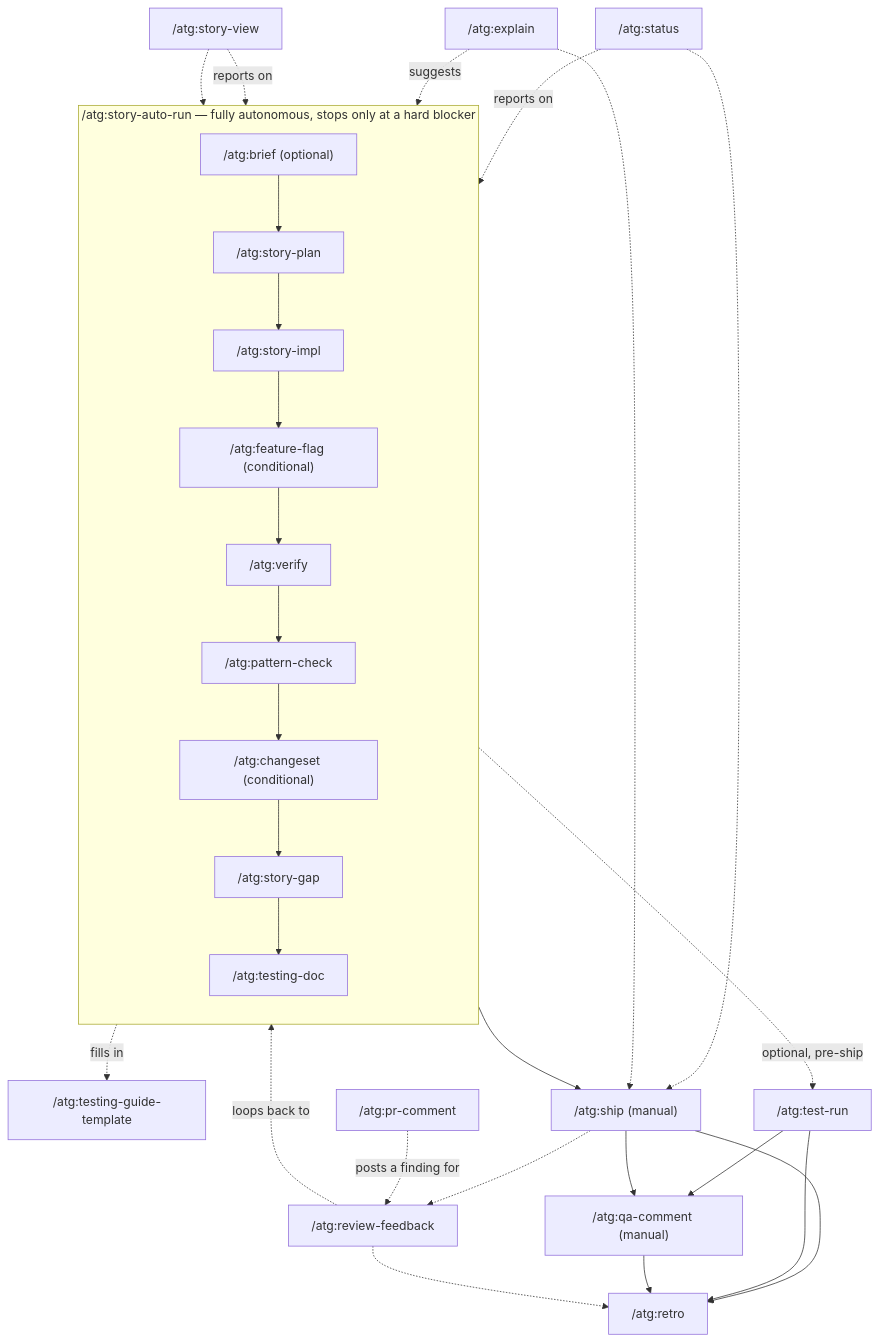
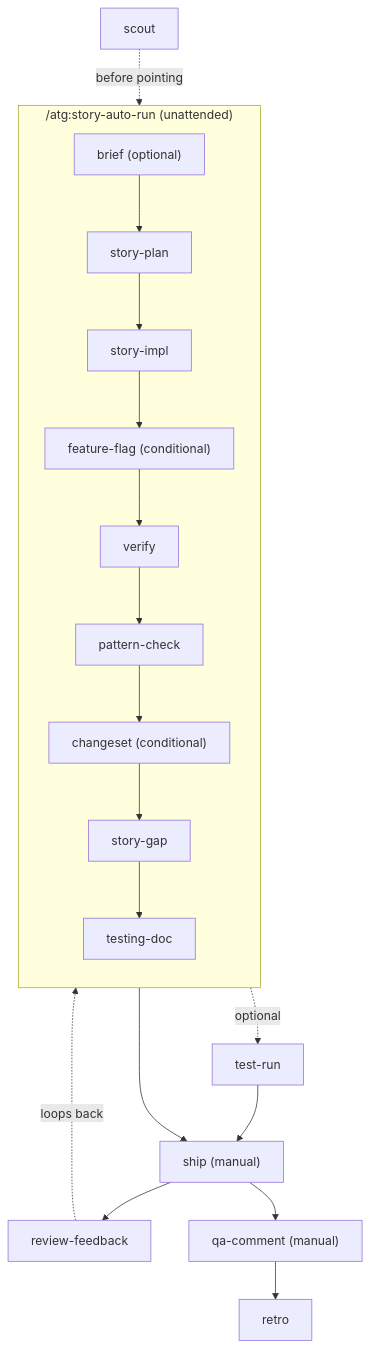
One commit to fcastillo-atg/atg-agent-kit changed the diagram in README.md. Above: the diagram before and after it, drawn with Mermaid. The commit also changed other lines of this file and 31 other files, not shown here.

````diff
--- a/README.md
+++ b/README.md
@@ -93,42 +71,22 @@
 ```mermaid
 flowchart TD
-    subgraph autorun["/atg:story-auto-run — fully autonomous, stops only at a hard blocker"]
+    subgraph autorun["/atg:story-auto-run (unattended)"]
         direction TB
-        brief["/atg:brief (optional)"] --> storyplan["/atg:story-plan"]
-        storyplan --> storyimpl["/atg:story-impl"]
-        storyimpl --> featureflag["/atg:feature-flag (conditional)"]
-        featureflag --> verify["/atg:verify"]
-        verify --> patterncheck["/atg:pattern-check"]
-        patterncheck --> changeset["/atg:changeset (conditional)"]
-        changeset --> storygap["/atg:story-gap"]
-        storygap --> testingdoc["/atg:testing-doc"]
+        brief["brief (optional)"] --> storyplan["story-plan"]
+        storyplan --> storyimpl["story-impl"]
+        storyimpl --> featureflag["feature-flag (conditional)"]
+        featureflag --> verify["verify"]
+        verify --> patterncheck["pattern-check"]
+        patterncheck --> changeset["changeset (conditional)"]
+        changeset --> storygap["story-gap"]
+        storygap --> testingdoc["testing-doc"]
     end
-
-    template["/atg:testing-guide-template"]
-    testingdoc -. fills in .-> template
-    testingdoc -. optional, pre-ship .-> testrun["/atg:test-run"]
-
-    testingdoc --> ship["/atg:ship (manual)"]
-    testrun --> qacomment["/atg:qa-comment (manual)"]
-    ship --> qacomment
-    ship --> retro["/atg:retro"]
-    testrun --> retro
-    qacomment --> retro
-
-    reviewfeedback["/atg:review-feedback"]
-    prcomment["/atg:pr-comment"]
-    ship -.-> reviewfeedback
-    prcomment -. posts a finding for .-> reviewfeedback
-    reviewfeedback -. loops back to .-> verify
-    reviewfeedback -.-> retro
-
-    status["/atg:status"]
-    explain["/atg:explain"]
-    storyview["/atg:story-view"]
-    status -. reports on .-> storyimpl
-    status -.-> ship
-    explain -. suggests .-> storygap
-    explain -.-> ship
-    storyview -. reports on .-> storyplan
-    storyview -.-> storygap
+    testingdoc -. optional .-> testrun["test-run"]
+    testingdoc --> ship["ship (manual)"]
+    testrun --> ship
+    ship --> reviewfeedback["review-feedback"]
+    reviewfeedback -. loops back .-> verify
+    ship --> qacomment["qa-comment (manual)"]
+    qacomment --> retro["retro"]
+    scout["scout"] -. before pointing .-> brief
 ```
````
